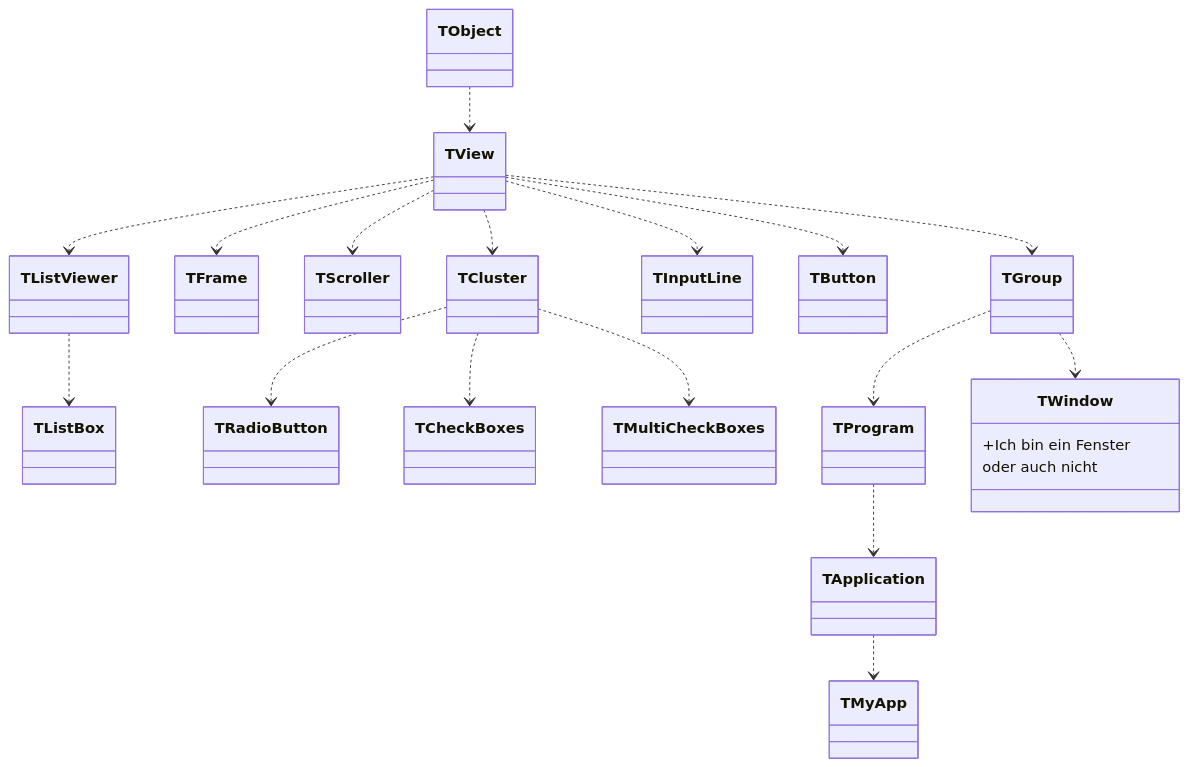
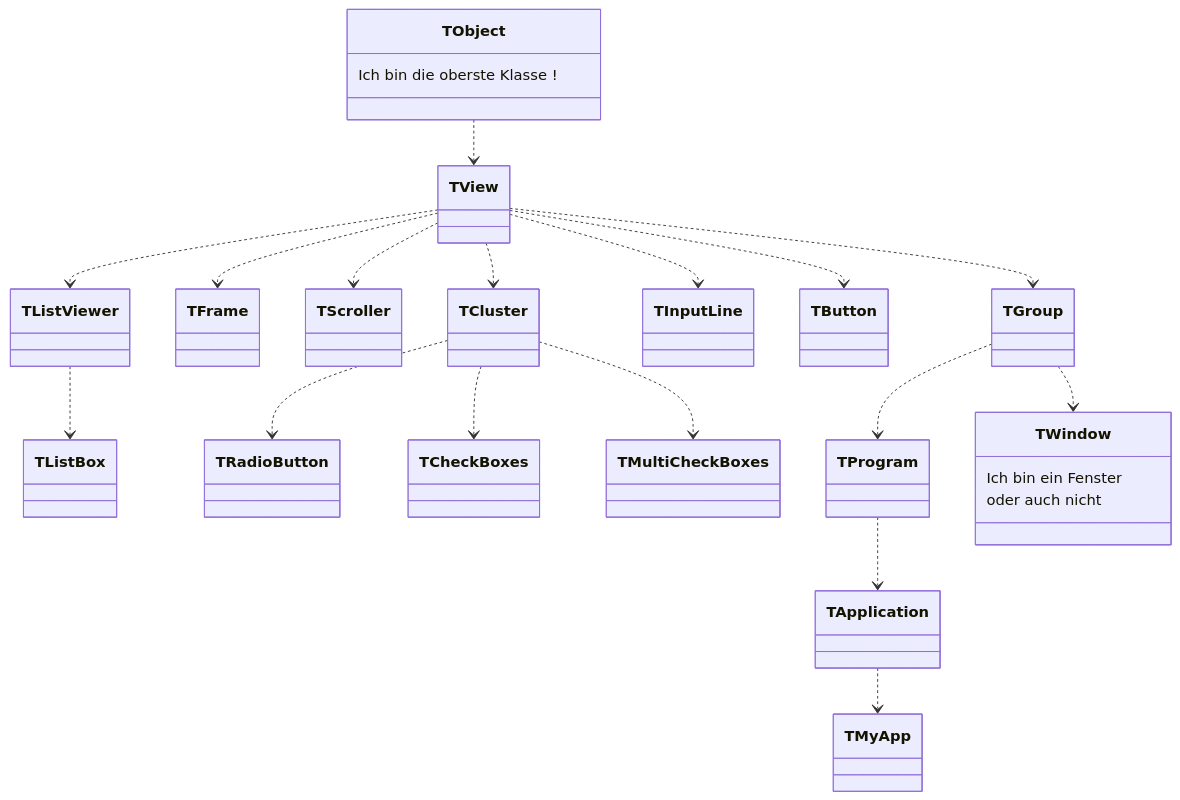
Before and after one commit to sechshelme/Lazarus-FreeVision-Tutorial: the diagram in 99_Test/GIT_Chart_Test/readme.md, drawn with Mermaid.

````diff
--- a/99_Test/GIT_Chart_Test/readme.md
+++ b/99_Test/GIT_Chart_Test/readme.md
@@ -3,25 +3,26 @@
 ```mermaid
 classDiagram
 
 
 TObject ..> TView
+TObject: Ich bin die oberste Klasse !
 TView ..> TGroup
 TView ..> TFrame
 TView ..> TScroller
 TView ..> TListViewer
 TListViewer ..> TListBox
 TView ..> TInputLine
 TView ..> TButton
 TView ..> TCluster
 TCluster ..> TRadioButton
 TCluster ..> TCheckBoxes
 TCluster ..> TMultiCheckBoxes
 TGroup ..> TProgram
 TGroup ..> TWindow
 TProgram ..> TApplication 
 TApplication ..> TMyApp
 class TWindow {
-  +Ich bin ein Fenster
+  Ich bin ein Fenster
   oder auch nicht
 }
 ```
````
